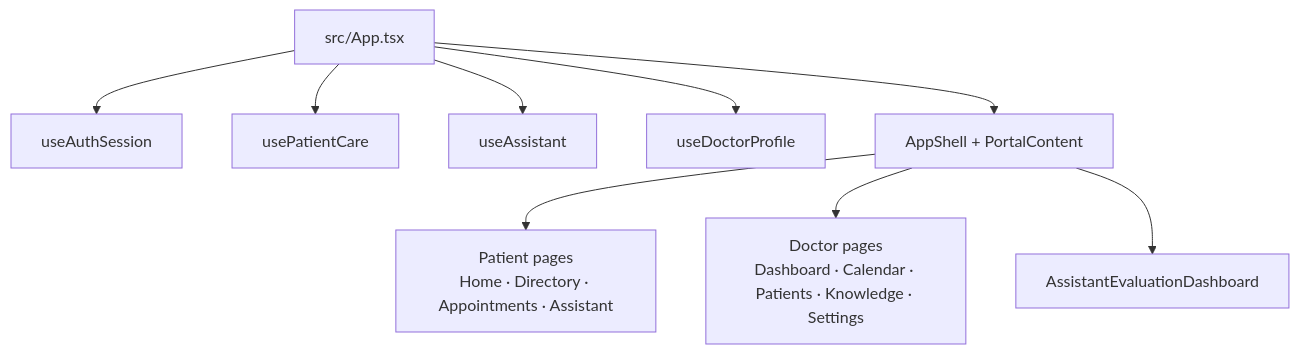
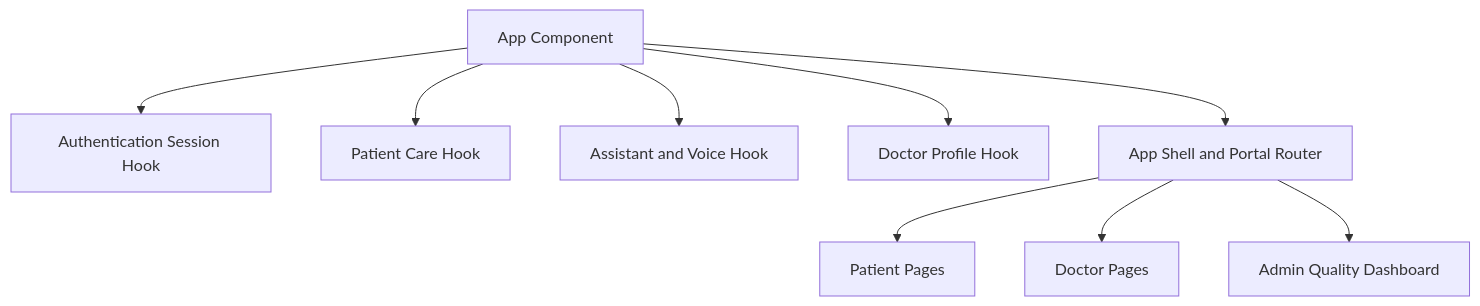
The second of 11 diagrams in SYSTEM_ARCHITECTURE.md (sumitsingh24k/Doctor_AI_Platform), drawn with Mermaid before and after one commit. The commit also changed other lines of this file and 2 other files, not shown here.

Commit message:
system architecture & project flow add

````diff
--- a/SYSTEM_ARCHITECTURE.md
+++ b/SYSTEM_ARCHITECTURE.md
@@ -49,22 +24,11 @@
 ```mermaid
 flowchart TD
-  App[src/App.tsx]
-  Auth[useAuthSession]
-  Care[usePatientCare]
-  Assistant[useAssistant]
-  DoctorProfile[useDoctorProfile]
-  Shell[AppShell + PortalContent]
-
-  PatientPages[Patient pages\nHome · Directory · Appointments · Assistant]
-  DoctorPages[Doctor pages\nDashboard · Calendar · Patients · Knowledge · Settings]
-  AdminPage[AssistantEvaluationDashboard]
-
-  App --> Auth
-  App --> Care
-  App --> Assistant
-  App --> DoctorProfile
-  App --> Shell
-  Shell --> PatientPages
-  Shell --> DoctorPages
-  Shell --> AdminPage
+    App["App Component"] --> Auth["Authentication Session Hook"]
+    App --> Care["Patient Care Hook"]
+    App --> Assistant["Assistant and Voice Hook"]
+    App --> Profile["Doctor Profile Hook"]
+    App --> Shell["App Shell and Portal Router"]
+    Shell --> PatientPages["Patient Pages"]
+    Shell --> DoctorPages["Doctor Pages"]
+    Shell --> AdminPage["Admin Quality Dashboard"]
 ```
````
